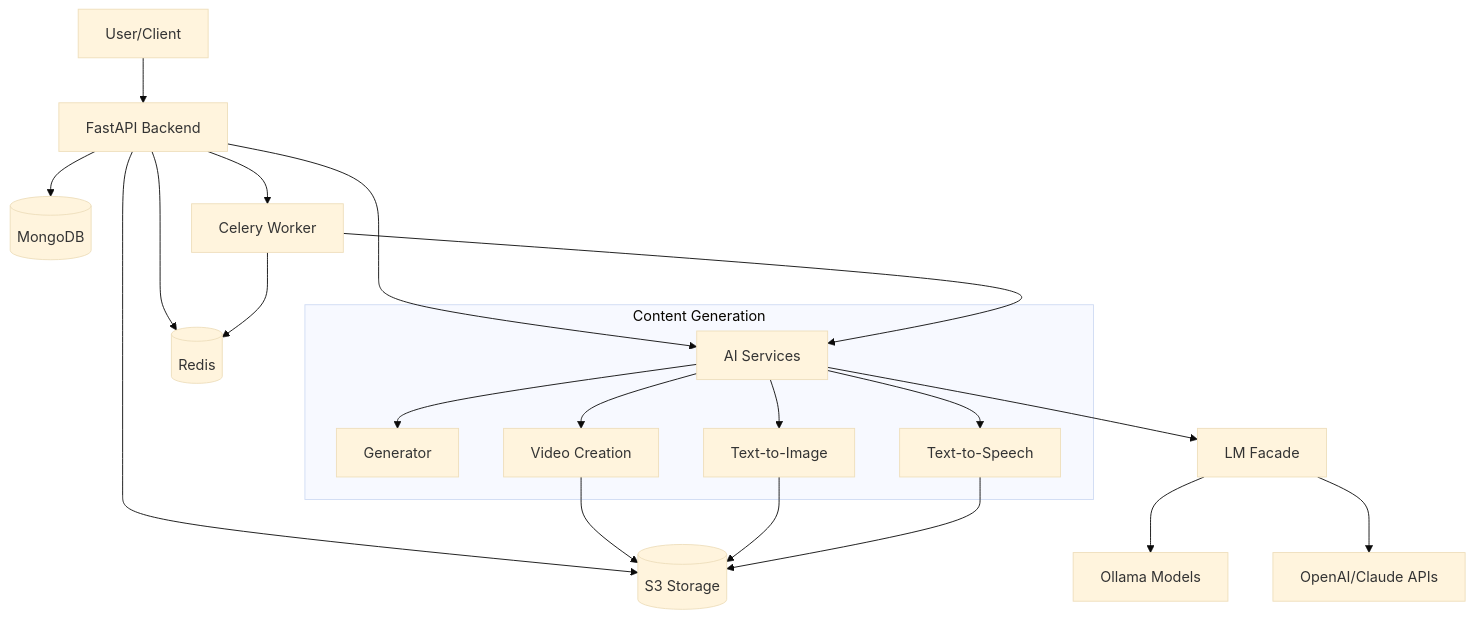
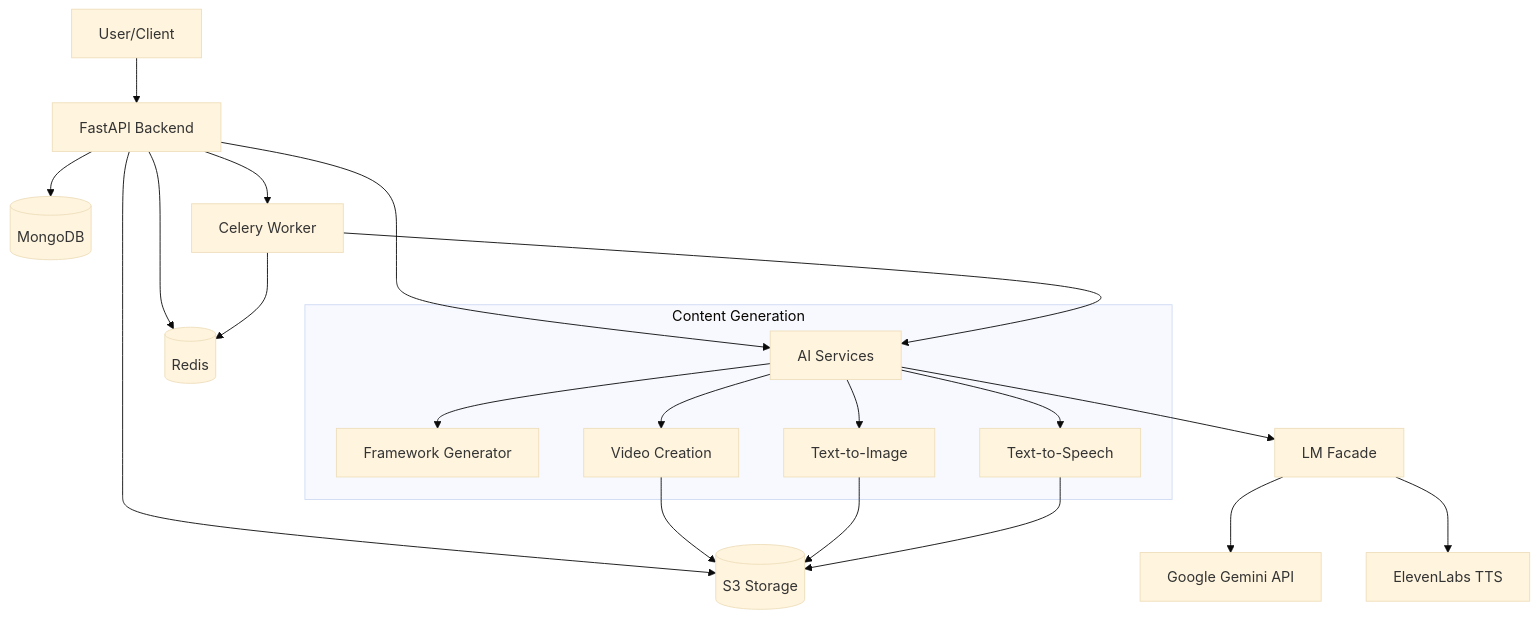
Before and after one commit to alipymanbu/tofai: the diagram in README.md, drawn with Mermaid (base theme). The commit also changed other lines of this file, not shown here.

````diff
--- a/README.md
+++ b/README.md
@@ -7,27 +24,27 @@
 ```mermaid
 graph TD
     User[User/Client] --> API[FastAPI Backend]
     API --> DB[(MongoDB)]
     API --> Redis[(Redis)]
     API --> S3[(S3 Storage)]
     API --> AI[AI Services]
     API --> Celery[Celery Worker]
     
     AI --> LMFacade[LM Facade]
-    LMFacade --> Ollama[Ollama Models]
-    LMFacade --> OpenAI[OpenAI/Claude APIs]
+    LMFacade --> Gemini[Google Gemini API]
+    LMFacade --> ElevenLabs[ElevenLabs TTS]
     
     Celery --> Redis
     Celery --> AI
     
     subgraph Content Generation
-        AI --> FrameworkGen[Generator]
+        AI --> FrameworkGen[Framework Generator]
         AI --> VideoCreation[Video Creation]
         AI --> TextToImage[Text-to-Image]
         AI --> TextToSpeech[Text-to-Speech]
     end
     
     VideoCreation --> S3
     TextToImage --> S3
     TextToSpeech --> S3
 ```
````
